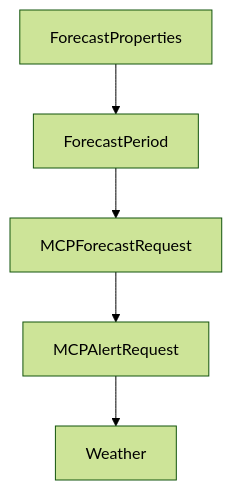
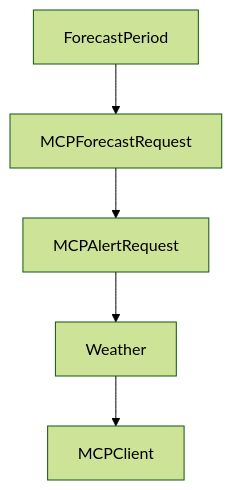
One commit to johnxie/awesome-code-docs changed the diagram in tutorials/mcp-quickstart-resources-tutorial/08-from-tutorial-assets-to-production-systems.md. Above: the diagram before and after it, drawn with Mermaid (forest theme). The commit also changed other lines of this file and 1232 other files, not shown here.

````diff
--- a/tutorials/mcp-quickstart-resources-tutorial/08-from-tutorial-assets-to-production-systems.md
+++ b/tutorials/mcp-quickstart-resources-tutorial/08-from-tutorial-assets-to-production-systems.md
@@ -215,12 +213,12 @@
 ```mermaid
 flowchart TD
-    A[ForecastProperties]
-    B[ForecastPeriod]
-    C[MCPForecastRequest]
-    D[MCPAlertRequest]
-    E[Weather]
+    A[ForecastPeriod]
+    B[MCPForecastRequest]
+    C[MCPAlertRequest]
+    D[Weather]
+    E[MCPClient]
     A --> B
     B --> C
     C --> D
     D --> E
 ```
````
